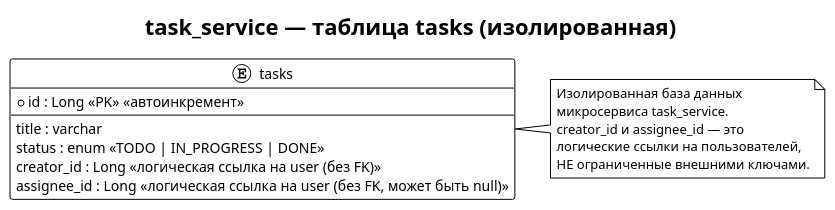
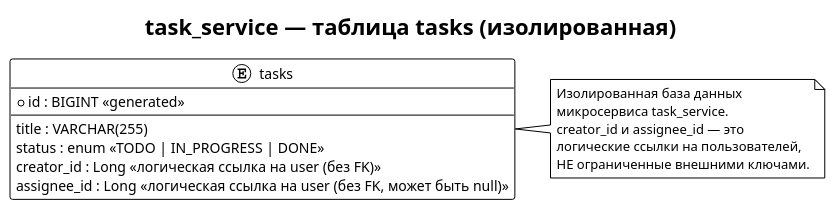
Before and after one commit to AnastasiaSurzhikowa/task-tracker-monorepo: the diagram in docs/tasks-er.puml, drawn with PlantUML. The commit also changed 1 other file, not shown here.

Commit message:
docs: fix primary key notation in tasks ER diagram

```diff
--- a/docs/tasks-er.puml
+++ b/docs/tasks-er.puml
@@ -1,23 +1,23 @@
 @startuml
 !theme plain
 
 title task_service — таблица tasks (изолированная)
 
 entity "tasks" as tasks {
-  * id : Long <<PK>> <<автоинкремент>>
+  * id : BIGINT <<generated>>
   --
-  title : varchar
+  title : VARCHAR(255)
   status : enum <<TODO | IN_PROGRESS | DONE>>
   creator_id : Long <<логическая ссылка на user (без FK)>>
   assignee_id : Long <<логическая ссылка на user (без FK, может быть null)>>
 }
 
 note right of tasks
   Изолированная база данных
   микросервиса task_service.
   creator_id и assignee_id — это
   логические ссылки на пользователей,
   НЕ ограниченные внешними ключами.
 end note
 
 @enduml
```
